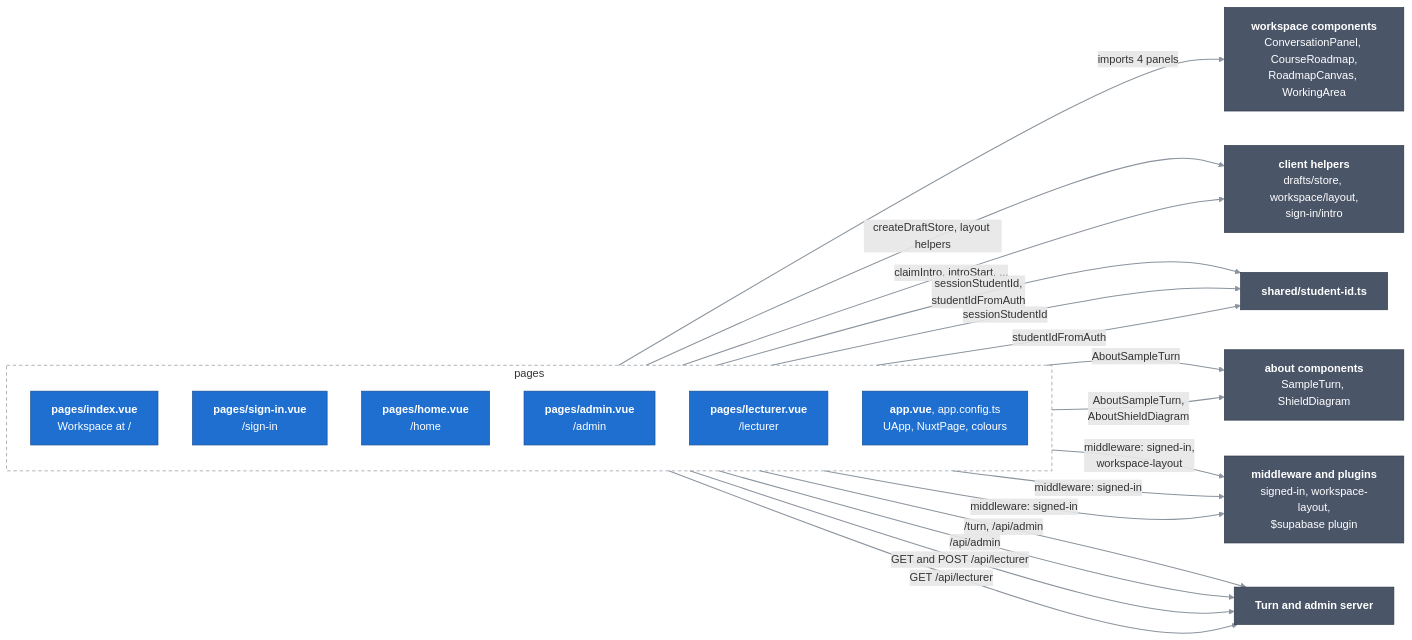
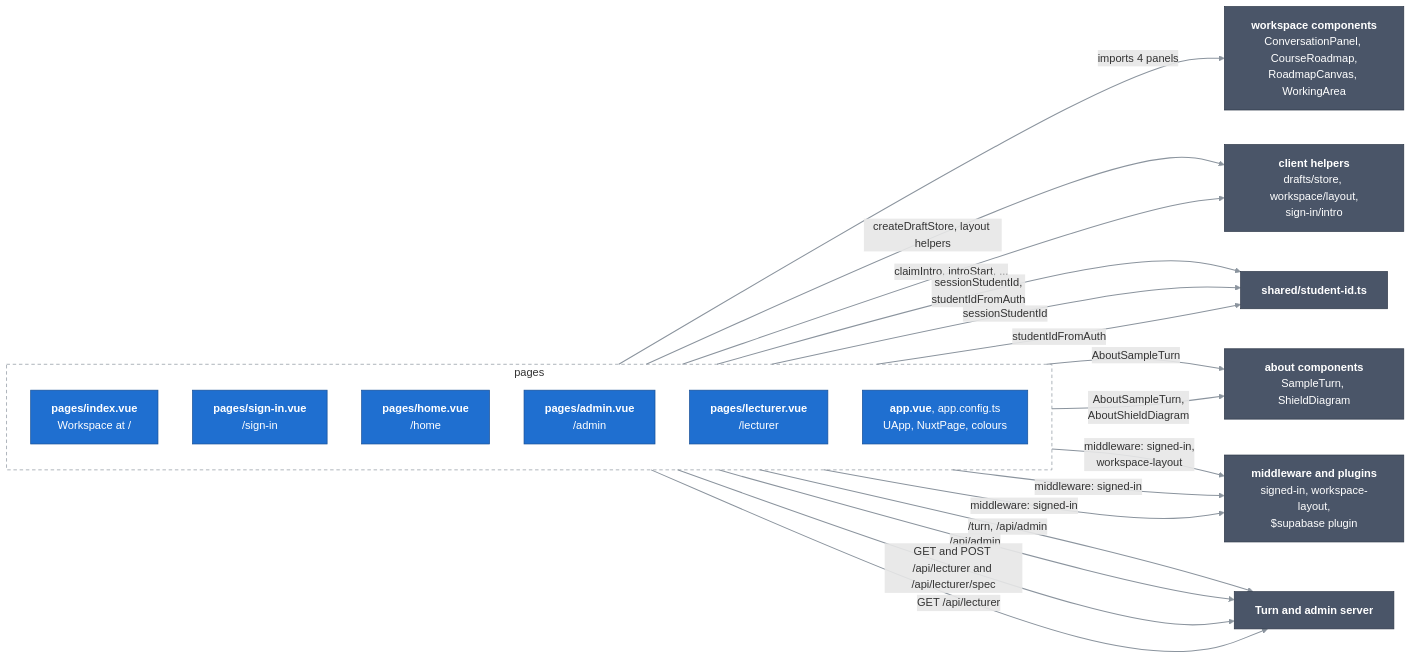
One commit to Bill2926/COS40005_HN9_Verifiable_Co-Learner_Agent changed the diagram in docs/c4/03-components/web-app/01-pages.md. Above: the diagram before and after it, drawn with Mermaid. The commit also changed other lines of this file and 12 other files, not shown here.

````diff
--- a/docs/c4/03-components/web-app/01-pages.md
+++ b/docs/c4/03-components/web-app/01-pages.md
@@ -10,41 +10,41 @@
 ```mermaid
 flowchart LR
   classDef comp fill:#1f6fd0,stroke:#164f96,color:#ffffff
   classDef near fill:#4a5568,stroke:#2d3748,color:#ffffff
   linkStyle default stroke:#8b949e,stroke-width:1.5px
 
   subgraph pages["pages"]
     direction TB
     index["<b>pages/index.vue</b><br/>Workspace at /"]:::comp
     signin["<b>pages/sign-in.vue</b><br/>/sign-in"]:::comp
     home["<b>pages/home.vue</b><br/>/home"]:::comp
     admin["<b>pages/admin.vue</b><br/>/admin"]:::comp
     lecturer["<b>pages/lecturer.vue</b><br/>/lecturer"]:::comp
     shell["<b>app.vue</b>, app.config.ts<br/>UApp, NuxtPage, colours"]:::comp
   end
 
   panels["<b>workspace components</b><br/>ConversationPanel, CourseRoadmap,<br/>RoadmapCanvas, WorkingArea"]:::near
   helpers["<b>client helpers</b><br/>drafts/store, workspace/layout,<br/>sign-in/intro"]:::near
   studentId["<b>shared/student-id.ts</b>"]:::near
   aboutParts["<b>about components</b><br/>SampleTurn, ShieldDiagram"]:::near
   mw["<b>middleware and plugins</b><br/>signed-in, workspace-layout,<br/>$supabase plugin"]:::near
   server["<b>Turn and admin server</b>"]:::near
 
   index -->|"imports 4 panels"| panels
   index -->|"createDraftStore, layout helpers"| helpers
   signin -->|"claimIntro, introStart, ..."| helpers
   index -->|"sessionStudentId,<br/>studentIdFromAuth"| studentId
   signin -->|"sessionStudentId"| studentId
   home -->|"studentIdFromAuth"| studentId
   signin ==>|"AboutSampleTurn"| aboutParts
   home ==>|"AboutSampleTurn,<br/>AboutShieldDiagram"| aboutParts
   index ==>|"middleware: signed-in,<br/>workspace-layout"| mw
   admin ==>|"middleware: signed-in"| mw
   index ==>|"/turn, /api/admin"| server
   admin ==>|"/api/admin"| server
   lecturer ==>|"middleware: signed-in"| mw
-  lecturer ==>|"GET and POST /api/lecturer"| server
+  lecturer ==>|"GET and POST /api/lecturer and /api/lecturer/spec"| server
   signin ==>|"GET /api/lecturer"| server
 
   style pages fill:none,stroke:#8b949e,stroke-dasharray:5 4
 ```
````
